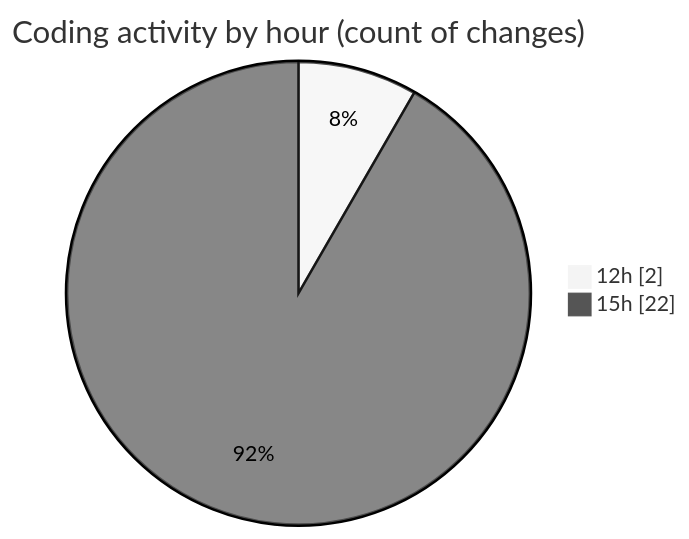
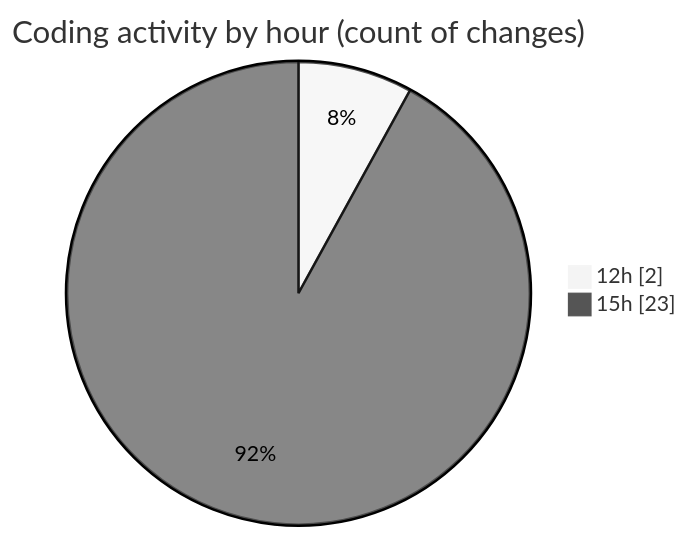
Before and after one commit to momahboobian/code-tracking: the second of 2 diagrams in 2025-02-26/cda/README.md, drawn with Mermaid (neutral theme). The commit also changed other lines of this file and 1 other file, not shown here.

````diff
--- a/2025-02-26/cda/README.md
+++ b/2025-02-26/cda/README.md
@@ -40,6 +40,6 @@
 ```mermaid
 pie showData
 title Coding activity by hour (count of changes)
 "12h" : 2
-"15h" : 22
+"15h" : 23
 ```
````
